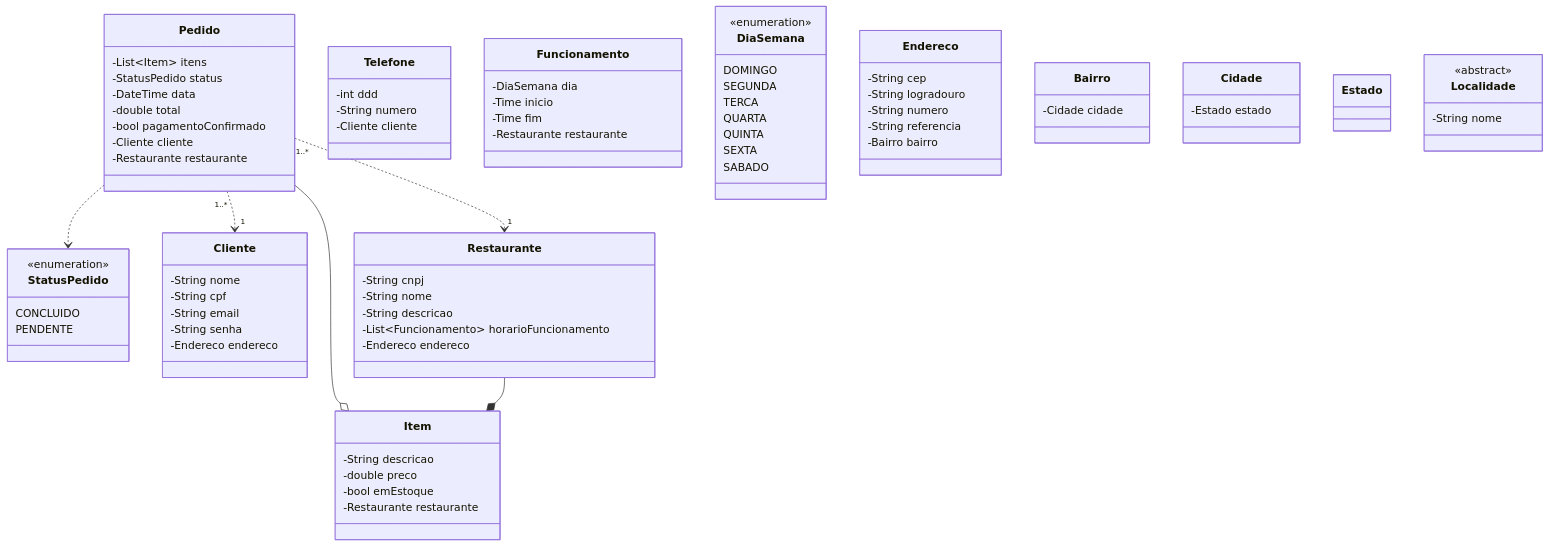
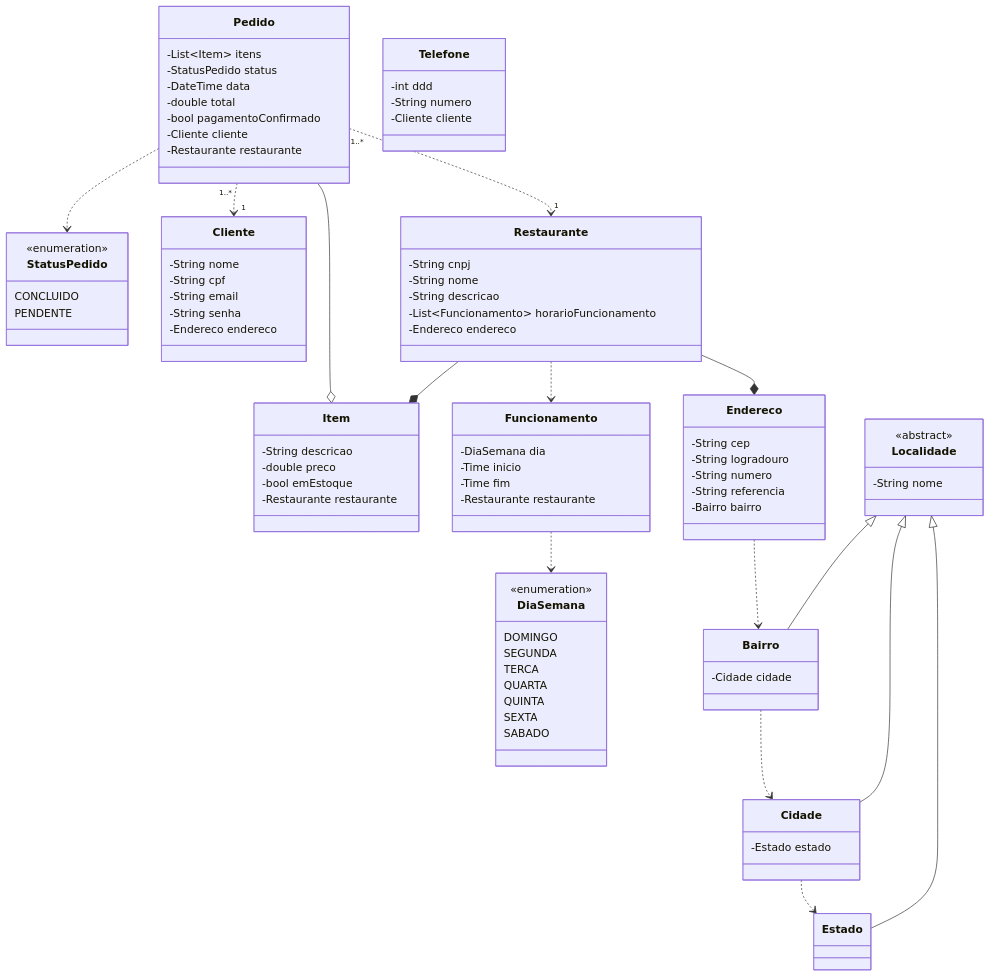
The diagram in desafio-final-backend-dio-santander2023/README.md (gxrj/dio-santander2023), drawn with Mermaid before and after one commit.

Commit message:
docs: atualiza a documentação

````diff
--- a/desafio-final-backend-dio-santander2023/README.md
+++ b/desafio-final-backend-dio-santander2023/README.md
@@ -93,6 +93,16 @@
     Pedido ..> StatusPedido
     Pedido --o Item
     Restaurante --* Item
+    Restaurante ..> Funcionamento
+    Restaurante --* Endereco
+    Endereco ..> Bairro
+    Bairro ..> Cidade
+    Cidade ..> Estado
+    Localidade <|-- Bairro
+    Localidade <|-- Cidade
+    Localidade <|-- Estado
+    Funcionamento ..> DiaSemana
+
 
 
 ```
````
